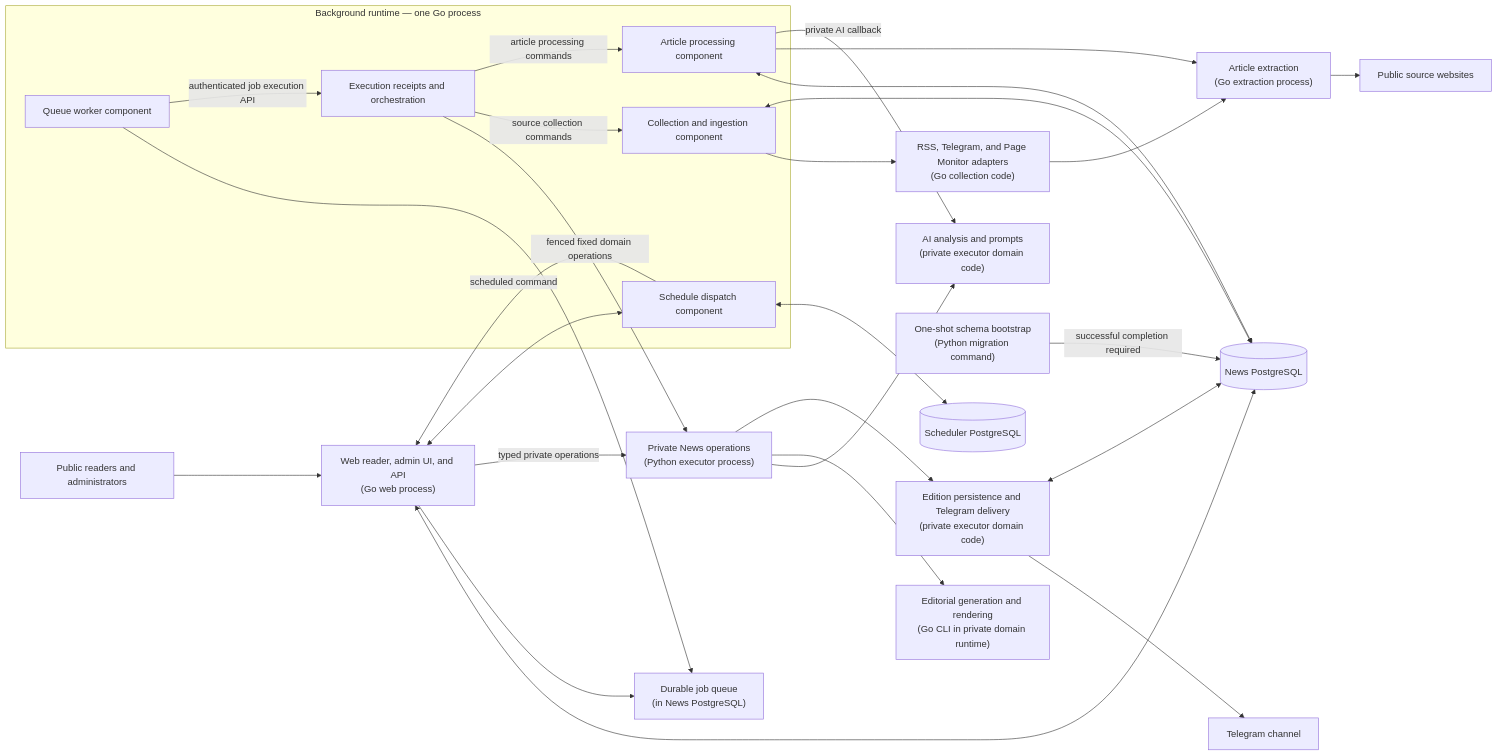
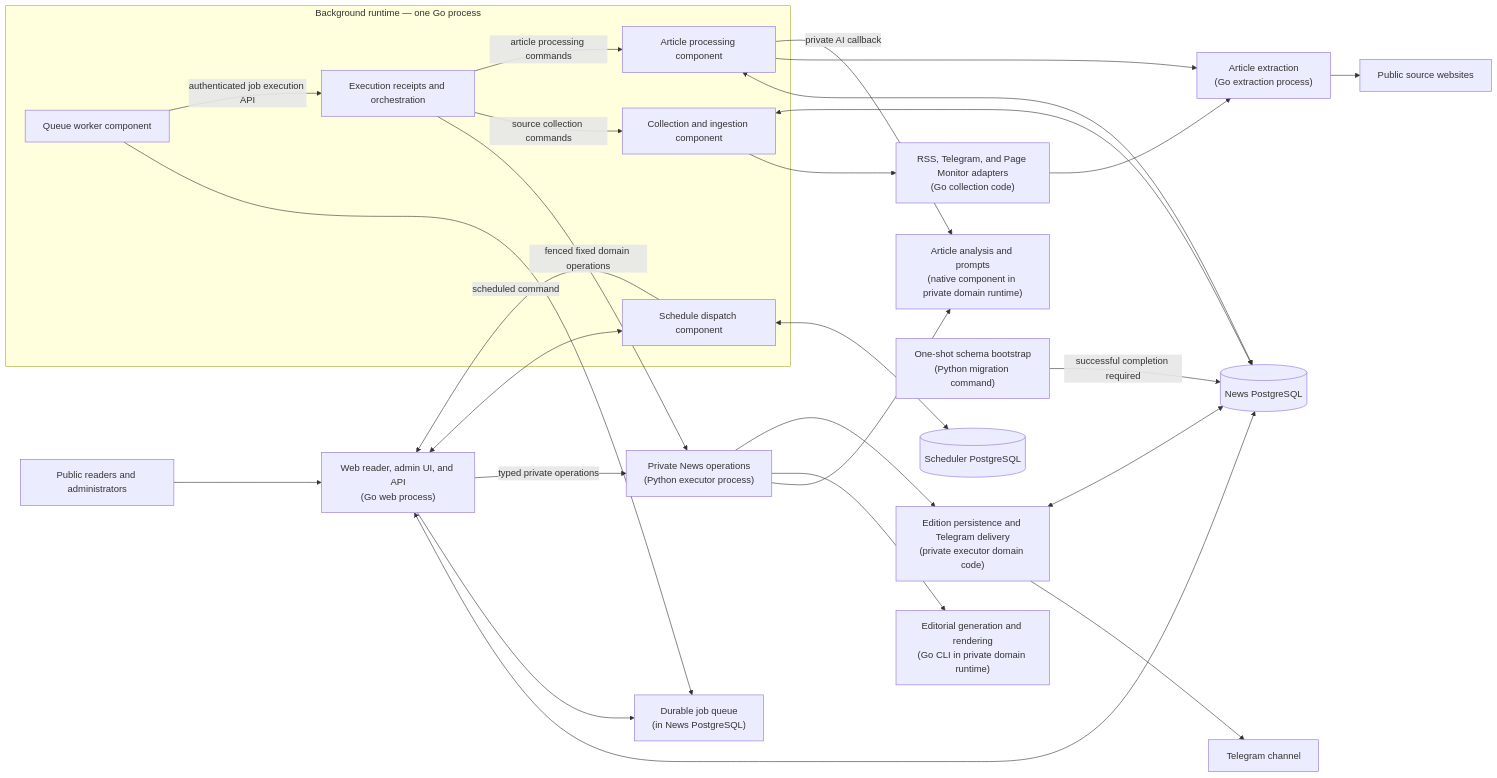
The diagram in README.md (Dzarlax-AI/evening-news), drawn with Mermaid before and after one commit. The commit also changed other lines of this file and 24 other files, not shown here.

Commit message:
feat(analysis): run article AI in native domain component

````diff
--- a/README.md
+++ b/README.md
@@ -19,50 +19,50 @@
 ```mermaid
 flowchart LR
     Reader[Public readers and administrators]
     Web["Web reader, admin UI, and API<br/>(Go web process)"]
     NewsDB[(News PostgreSQL)]
     Jobs["Durable job queue<br/>(in News PostgreSQL)"]
     subgraph Background["Background runtime — one Go process"]
       Scheduler["Schedule dispatch component"]
       Worker["Queue worker component"]
       Execution["Execution receipts and orchestration"]
       Ingestion["Collection and ingestion component"]
       Processing["Article processing component"]
     end
     Domain["Private News operations<br/>(Python executor process)"]
-    AI["AI analysis and prompts<br/>(private executor domain code)"]
+    AI["Article analysis and prompts<br/>(native component in private domain runtime)"]
     Editorial["Editorial generation and rendering<br/>(Go CLI in private domain runtime)"]
     Delivery["Edition persistence and Telegram delivery<br/>(private executor domain code)"]
     Sources["RSS, Telegram, and Page Monitor adapters<br/>(Go collection code)"]
     Extract["Article extraction<br/>(Go extraction process)"]
     SchedulerDB[(Scheduler PostgreSQL)]
     Migrate["One-shot schema bootstrap<br/>(Python migration command)"]
     Internet[Public source websites]
     Telegram[Telegram channel]
 
     Reader --> Web
     Web <--> NewsDB
     Web --> Jobs
     Worker --> Jobs
     Worker -->|authenticated job execution API| Execution
     Execution -->|fenced fixed domain operations| Domain
     Execution -->|source collection commands| Ingestion
     Execution -->|article processing commands| Processing
     Ingestion --> Sources
     Ingestion <--> NewsDB
     Sources --> Extract
     Extract --> Internet
     Processing <--> NewsDB
     Processing --> Extract
     Processing -->|private AI callback| AI
     Domain --> AI
     Domain --> Editorial
     Domain --> Delivery
     Delivery --> Telegram
     Delivery <--> NewsDB
     Web -->|typed private operations| Domain
     Web <--> Scheduler
     Scheduler <--> SchedulerDB
     Scheduler -->|scheduled command| Web
     Migrate -->|successful completion required| NewsDB
 ```
````
